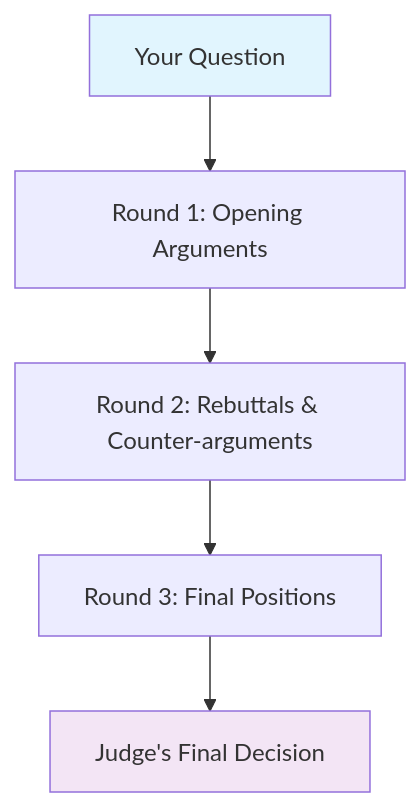
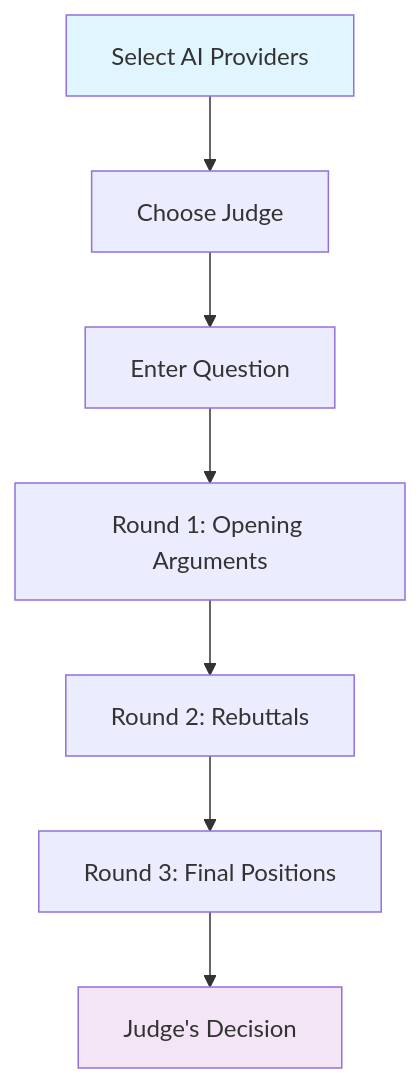
One commit to DiogoNeves/ass changed the diagram in README.md. Above: the diagram before and after it, drawn with Mermaid. The commit also changed other lines of this file and 6 other files, not shown here.

````diff
--- a/README.md
+++ b/README.md
@@ -116,10 +135,12 @@
 ```mermaid
 graph TD
-    A[Your Question] --> B[Round 1: Opening Arguments]
-    B --> C[Round 2: Rebuttals & Counter-arguments]
-    C --> D[Round 3: Final Positions]
-    D --> E[Judge's Final Decision]
+    A[Select AI Providers] --> B[Choose Judge]
+    B --> C[Enter Question]
+    C --> D[Round 1: Opening Arguments]
+    D --> E[Round 2: Rebuttals]
+    E --> F[Round 3: Final Positions]
+    F --> G[Judge's Decision]
     
     style A fill:#e1f5fe
-    style E fill:#f3e5f5
+    style G fill:#f3e5f5
 ```
````
